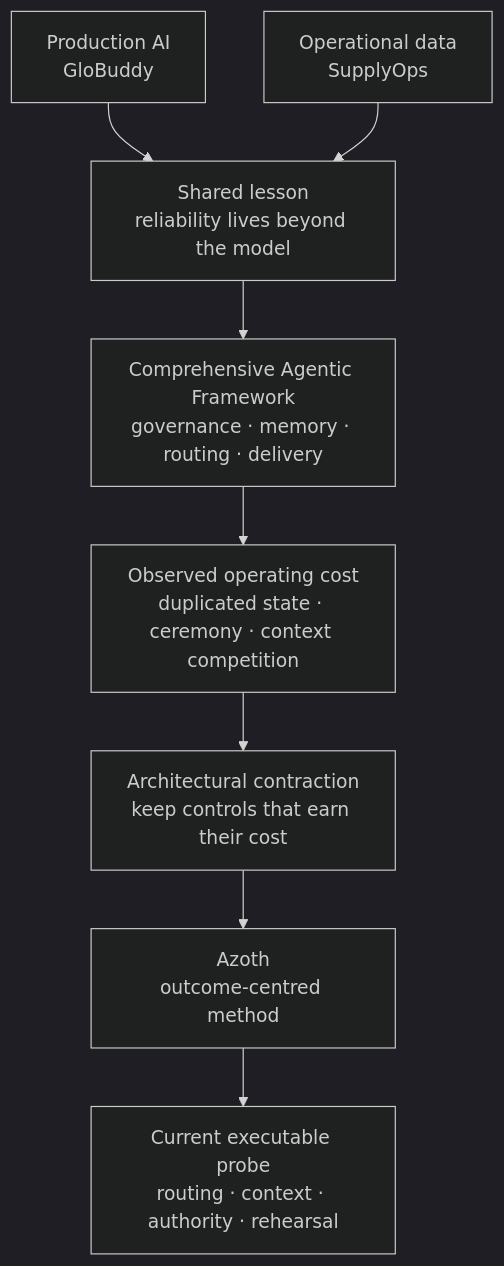
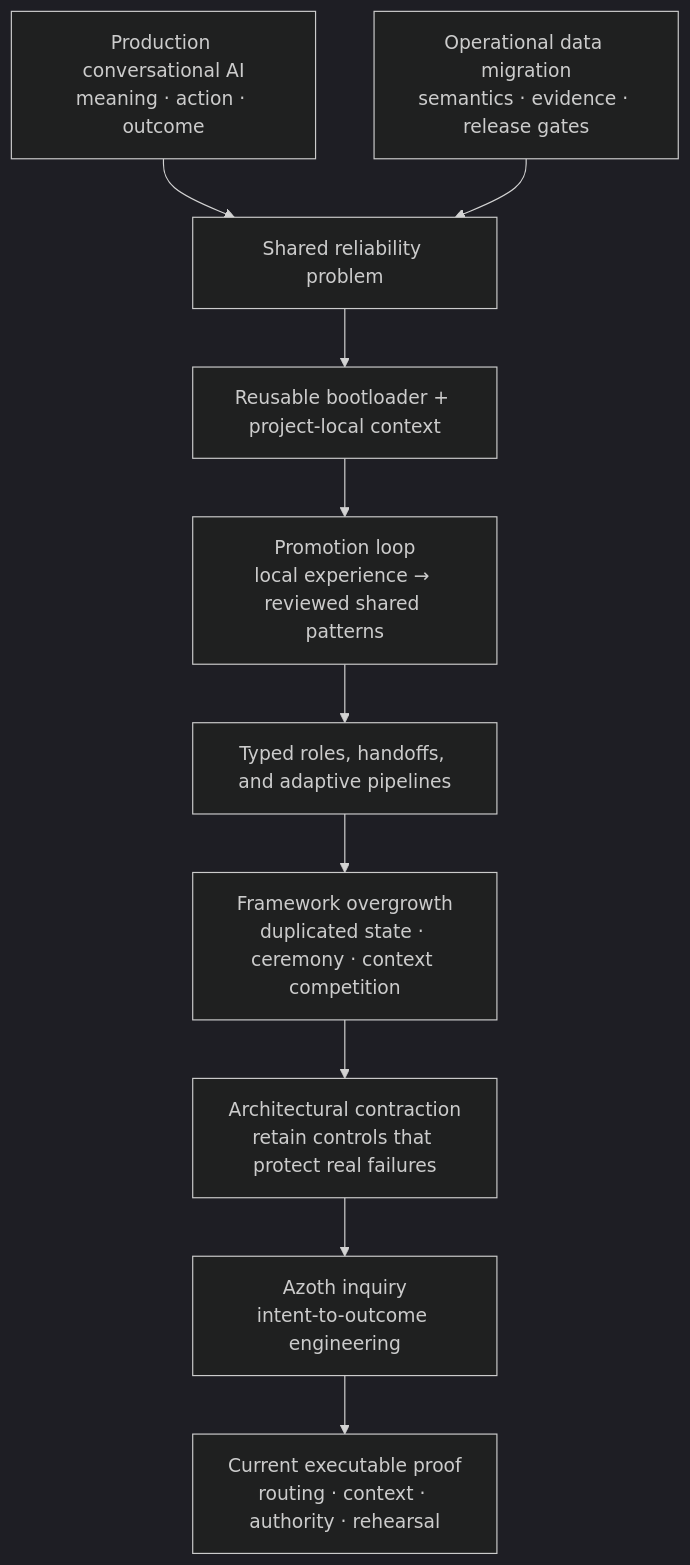
The second of 2 diagrams in kernel/templates/README.public.azoth.md (yiwei79/root-azoth), drawn with Mermaid (dark theme) before and after one commit. The commit also changed other lines of this file and 7 other files, not shown here.

````diff
--- a/kernel/templates/README.public.azoth.md
+++ b/kernel/templates/README.public.azoth.md
@@ -102,10 +83,14 @@
 ```mermaid
 flowchart TB
-    A["Production AI<br/>GloBuddy"] --> C["Shared lesson<br/>reliability lives beyond the model"]
-    B["Operational data<br/>SupplyOps"] --> C
-    C --> D["Comprehensive Agentic Framework<br/>governance · memory · routing · delivery"]
-    D --> E["Observed operating cost<br/>duplicated state · ceremony · context competition"]
-    E --> F["Architectural contraction<br/>keep controls that earn their cost"]
-    F --> G["Azoth<br/>outcome-centred method"]
-    G --> H["Current executable probe<br/>routing · context · authority · rehearsal"]
+    A["Production conversational AI<br/>meaning · action · outcome"]
+    B["Operational data migration<br/>semantics · evidence · release gates"]
+    A --> C["Shared reliability problem"]
+    B --> C
+    C --> D["Reusable bootloader + project-local context"]
+    D --> E["Promotion loop<br/>local experience → reviewed shared patterns"]
+    E --> F["Typed roles, handoffs, and adaptive pipelines"]
+    F --> G["Framework overgrowth<br/>duplicated state · ceremony · context competition"]
+    G --> H["Architectural contraction<br/>retain controls that protect real failures"]
+    H --> I["Azoth inquiry<br/>intent-to-outcome engineering"]
+    I --> J["Current executable proof<br/>routing · context · authority · rehearsal"]
 ```
````
